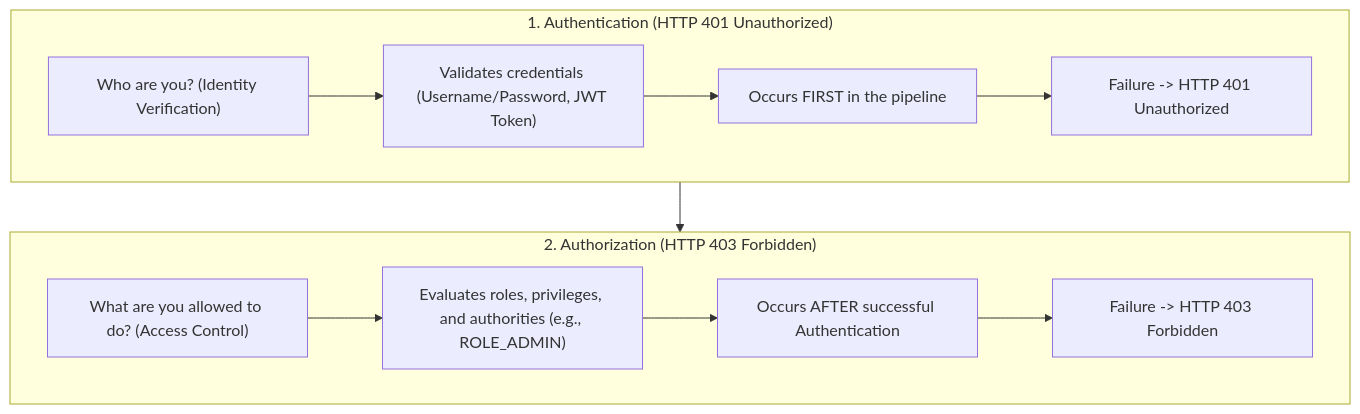
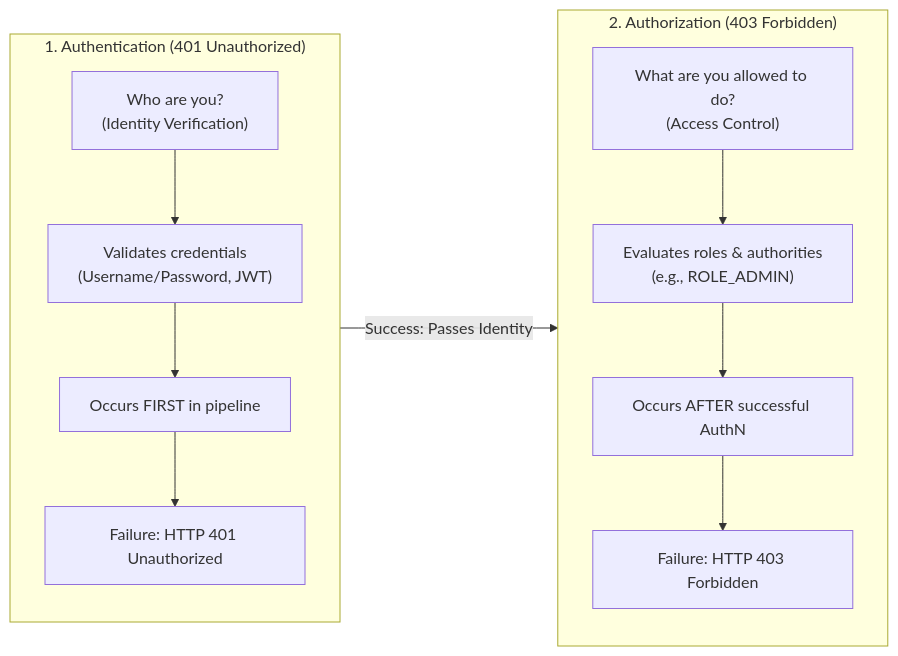
The first of 6 diagrams in 06-Java-and-Spring-Boot/04-Spring-Security-and-Authentication.md (rohithgowda18/Notes), drawn with Mermaid before and after one commit. The commit also changed other lines of this file and 15 other files, not shown here.

Commit message:
docs: audit Mermaid diagrams, optimize side-by-side layouts, and deduplicate DBMS advanced notes

````diff
--- a/06-Java-and-Spring-Boot/04-Spring-Security-and-Authentication.md
+++ b/06-Java-and-Spring-Boot/04-Spring-Security-and-Authentication.md
@@ -60,14 +60,18 @@
 ```mermaid
-flowchart TD
-    subgraph AuthN ["1. Authentication (HTTP 401 Unauthorized)"]
-        A1["Who are you? (Identity Verification)"] --> A2["Validates credentials (Username/Password, JWT Token)"]
-        A2 --> A3["Occurs FIRST in the pipeline"]
-        A3 --> A4["Failure -> HTTP 401 Unauthorized"]
+flowchart LR
+    subgraph AuthN ["1. Authentication (401 Unauthorized)"]
+        direction TB
+        A1["Who are you?<br/>(Identity Verification)"] --> A2["Validates credentials<br/>(Username/Password, JWT)"]
+        A2 --> A3["Occurs FIRST in pipeline"]
+        A3 --> A4["Failure: HTTP 401 Unauthorized"]
     end
-    subgraph AuthZ ["2. Authorization (HTTP 403 Forbidden)"]
-        B1["What are you allowed to do? (Access Control)"] --> B2["Evaluates roles, privileges, and authorities (e.g., ROLE_ADMIN)"]
-        B2 --> B3["Occurs AFTER successful Authentication"]
-        B3 --> B4["Failure -> HTTP 403 Forbidden"]
+
+    AuthN -->|Success: Passes Identity| AuthZ
+
+    subgraph AuthZ ["2. Authorization (403 Forbidden)"]
+        direction TB
+        B1["What are you allowed to do?<br/>(Access Control)"] --> B2["Evaluates roles & authorities<br/>(e.g., ROLE_ADMIN)"]
+        B2 --> B3["Occurs AFTER successful AuthN"]
+        B3 --> B4["Failure: HTTP 403 Forbidden"]
     end
-    AuthN --> AuthZ
 ```
````
